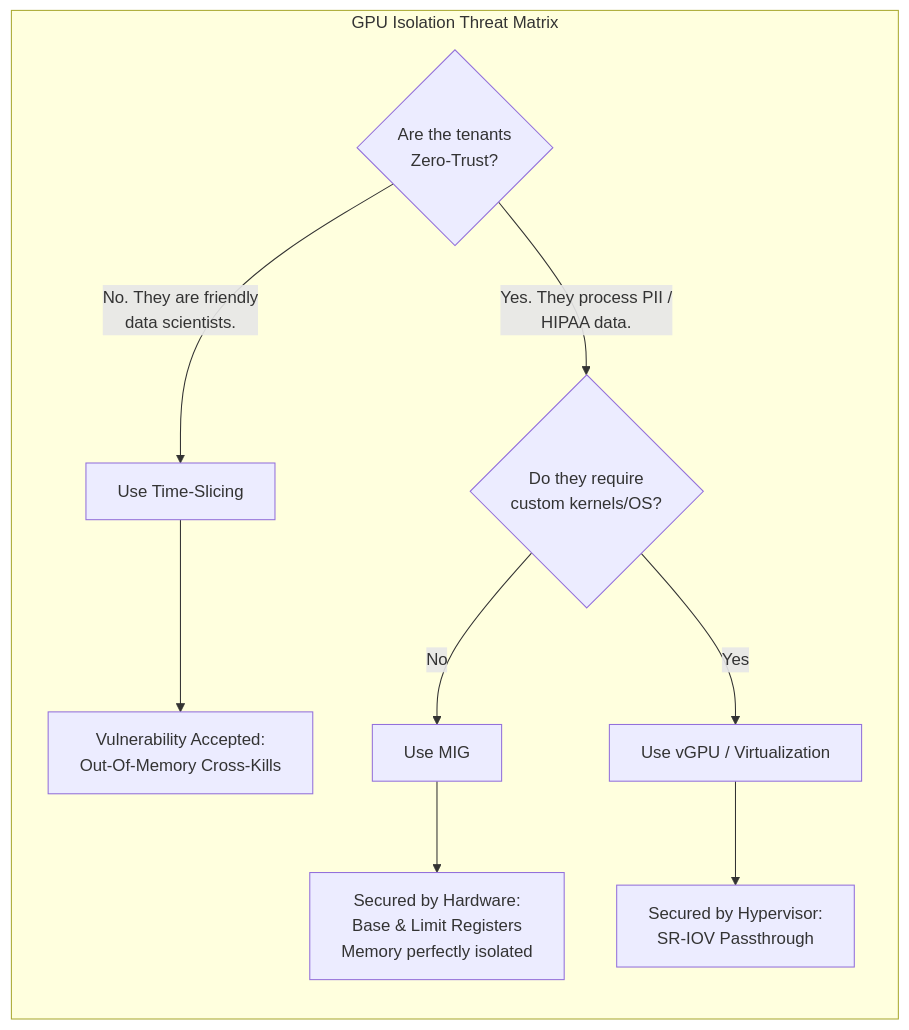
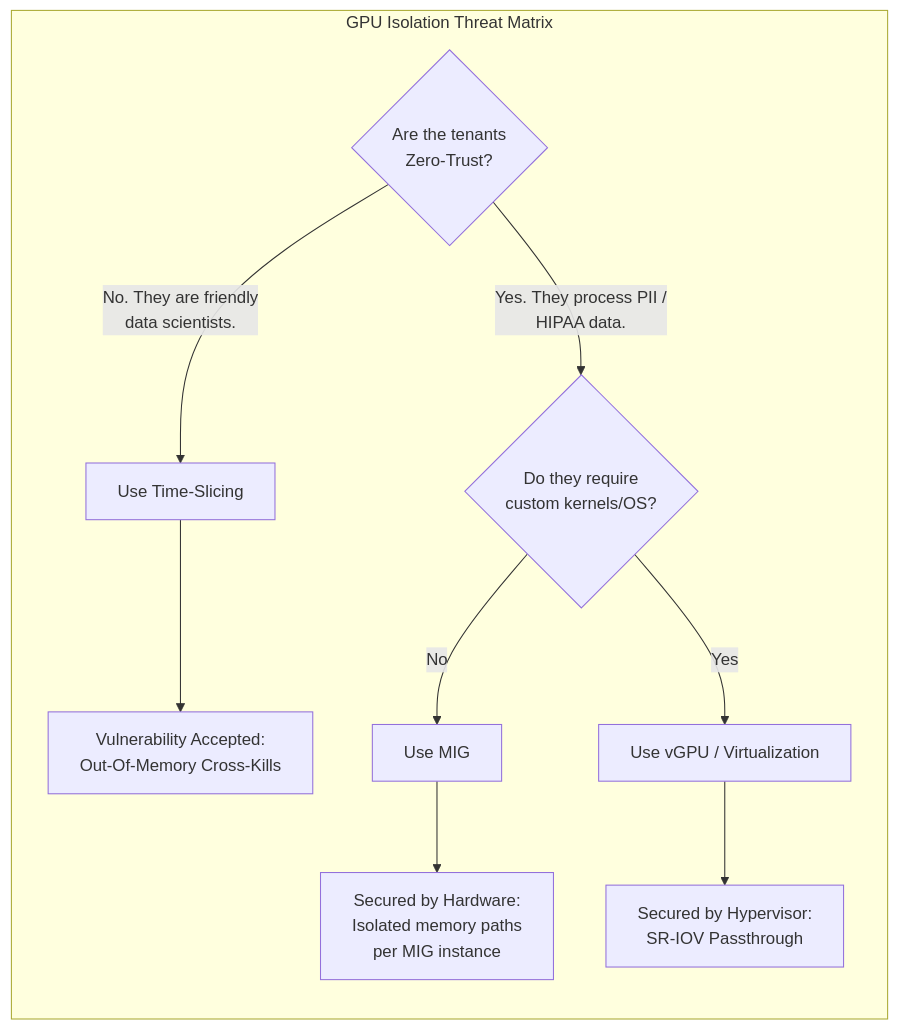
One commit to jithinpnjm/nvidia-devops changed the diagram in docs/nvidia-zero-to-hero/volume-18/chapter-06-gpu-sharing-security.md. Above: the diagram before and after it, drawn with Mermaid. The commit also changed other lines of this file and 289 other files, not shown here.

````diff
--- a/docs/nvidia-zero-to-hero/volume-18/chapter-06-gpu-sharing-security.md
+++ b/docs/nvidia-zero-to-hero/volume-18/chapter-06-gpu-sharing-security.md
@@ -102,19 +101,19 @@
 ```mermaid
 flowchart TD
     subgraph Multi_Tenant_Threat_Matrix["GPU Isolation Threat Matrix"]
         direction TB
         
         Q1{"Are the tenants <br/> Zero-Trust?"}
         
         Q1 -->|No. They are friendly <br/> data scientists.| Soft[Use Time-Slicing]
         Soft --> Vuln1[Vulnerability Accepted: <br/> Out-Of-Memory Cross-Kills]
         
         Q1 -->|Yes. They process PII / <br/> HIPAA data.| Q2{"Do they require <br/> custom kernels/OS?"}
         
         Q2 -->|No| MIG[Use MIG]
-        MIG --> Secure1[Secured by Hardware: <br/> Base & Limit Registers <br/> Memory perfectly isolated]
+        MIG --> Secure1[Secured by Hardware: <br/> Isolated memory paths <br/> per MIG instance]
         
         Q2 -->|Yes| VGPU[Use vGPU / Virtualization]
         VGPU --> Secure2[Secured by Hypervisor: <br/> SR-IOV Passthrough]
     end
 ```
````
